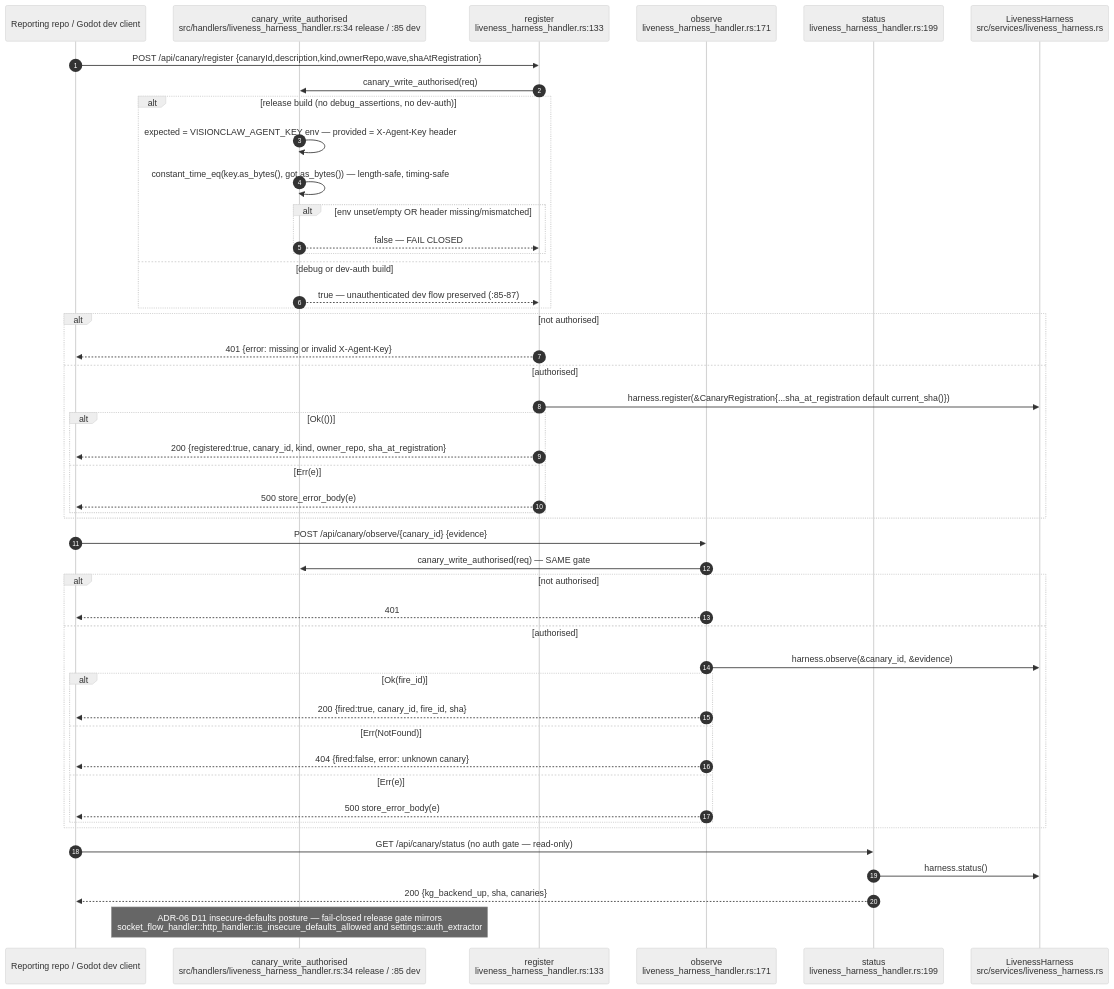
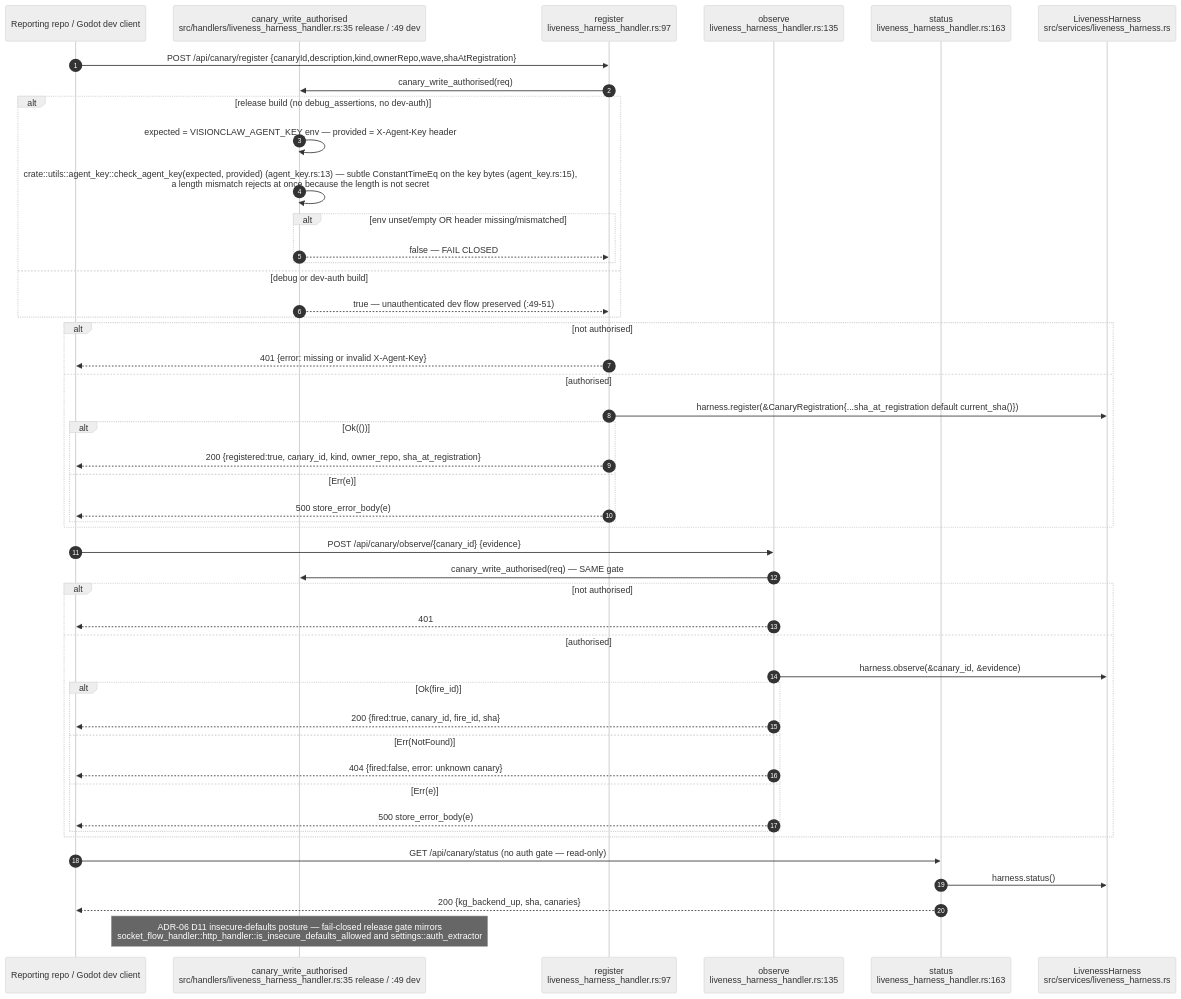
Before and after one commit to DreamLab-AI/VisionFlow: diagram 14 of 23 in docs/diagrams/visionclaw/04-handlers-graph-and-state.md, drawn with Mermaid (neutral theme). The commit also changed other lines of this file and 4 other files, not shown here.

Commit message:
docs(diagrams): visionclaw 01 and 04 after the graph_state_handler removal

````diff
--- a/docs/diagrams/visionclaw/04-handlers-graph-and-state.md
+++ b/docs/diagrams/visionclaw/04-handlers-graph-and-state.md
@@ -729,50 +695,50 @@
 ```mermaid
 sequenceDiagram
     autonumber
     participant C as Reporting repo / Godot dev client
-    participant AU as canary_write_authorised<br/>src/handlers/liveness_harness_handler.rs:34 release / :85 dev
-    participant RG as register<br/>liveness_harness_handler.rs:133
-    participant OB as observe<br/>liveness_harness_handler.rs:171
-    participant ST as status<br/>liveness_harness_handler.rs:199
+    participant AU as canary_write_authorised<br/>src/handlers/liveness_harness_handler.rs:35 release / :49 dev
+    participant RG as register<br/>liveness_harness_handler.rs:97
+    participant OB as observe<br/>liveness_harness_handler.rs:135
+    participant ST as status<br/>liveness_harness_handler.rs:163
     participant LH as LivenessHarness<br/>src/services/liveness_harness.rs
 
     C->>RG: POST /api/canary/register {canaryId,description,kind,ownerRepo,wave,shaAtRegistration}
     RG->>AU: canary_write_authorised(req)
     alt release build (no debug_assertions, no dev-auth)
         AU->>AU: expected = VISIONCLAW_AGENT_KEY env — provided = X-Agent-Key header
-        AU->>AU: constant_time_eq(key.as_bytes(), got.as_bytes()) — length-safe, timing-safe
+        AU->>AU: crate::utils::agent_key::check_agent_key(expected, provided) (agent_key.rs:13) — subtle ConstantTimeEq on the key bytes (agent_key.rs:15),<br/>a length mismatch rejects at once because the length is not secret
         alt env unset/empty OR header missing/mismatched
             AU-->>RG: false — FAIL CLOSED
         end
     else debug or dev-auth build
-        AU-->>RG: true — unauthenticated dev flow preserved (:85-87)
+        AU-->>RG: true — unauthenticated dev flow preserved (:49-51)
     end
     alt not authorised
         RG-->>C: 401 {error: missing or invalid X-Agent-Key}
     else authorised
         RG->>LH: harness.register(&CanaryRegistration{...sha_at_registration default current_sha()})
         alt Ok(())
             RG-->>C: 200 {registered:true, canary_id, kind, owner_repo, sha_at_registration}
         else Err(e)
             RG-->>C: 500 store_error_body(e)
         end
     end
     C->>OB: POST /api/canary/observe/{canary_id} {evidence}
     OB->>AU: canary_write_authorised(req) — SAME gate
     alt not authorised
         OB-->>C: 401
     else authorised
         OB->>LH: harness.observe(&canary_id, &evidence)
         alt Ok(fire_id)
             OB-->>C: 200 {fired:true, canary_id, fire_id, sha}
         else Err(NotFound)
             OB-->>C: 404 {fired:false, error: unknown canary}
         else Err(e)
             OB-->>C: 500 store_error_body(e)
         end
     end
     C->>ST: GET /api/canary/status (no auth gate — read-only)
     ST->>LH: harness.status()
     ST-->>C: 200 {kg_backend_up, sha, canaries}
     Note over AU: ADR-06 D11 insecure-defaults posture — fail-closed release gate mirrors<br/>socket_flow_handler::http_handler::is_insecure_defaults_allowed and settings::auth_extractor
 ```
````
